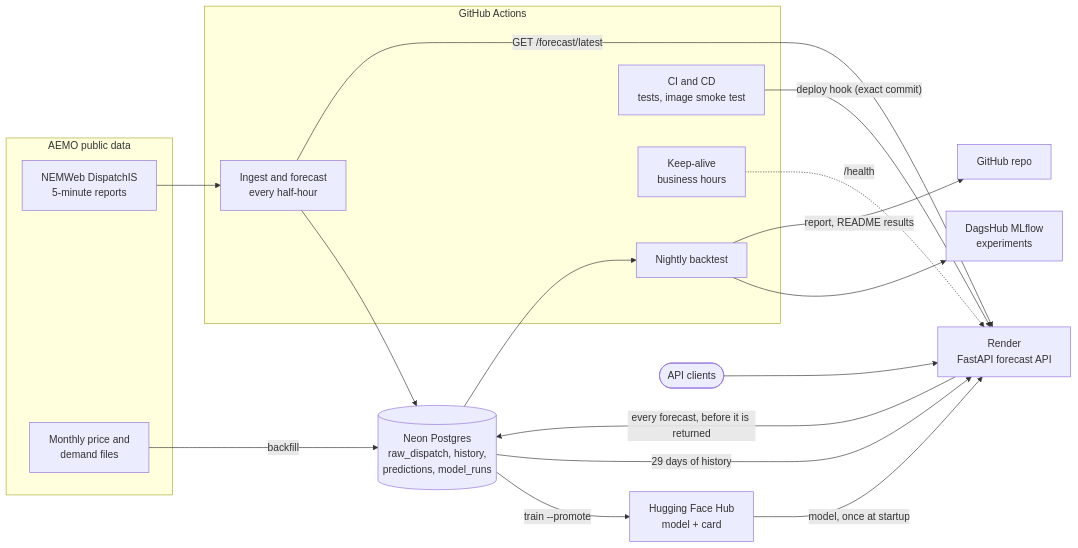
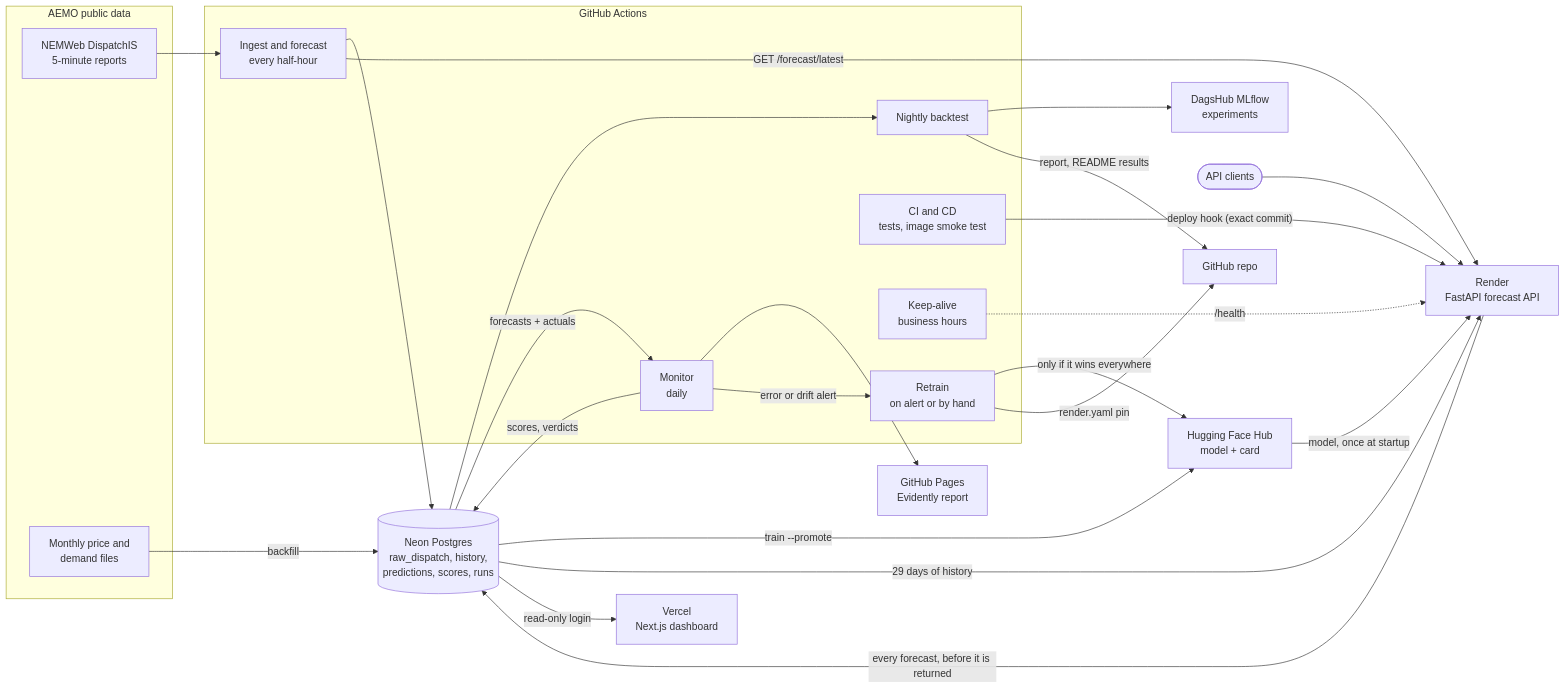
Before and after one commit to proxykhan/nem-forecast: the diagram in README.md, drawn with Mermaid. The commit also changed other lines of this file and 4 other files, not shown here.

First line of the commit message:
README: monitoring and retraining, live error against the backtest, dashboard

````diff
--- a/README.md
+++ b/README.md
@@ -95,31 +151,42 @@
 ```mermaid
 flowchart LR
     subgraph aemo["AEMO public data"]
         dispatch["NEMWeb DispatchIS<br/>5-minute reports"]
         monthly["Monthly price and<br/>demand files"]
     end
     subgraph actions["GitHub Actions"]
         ingest["Ingest and forecast<br/>every half-hour"]
         nightly["Nightly backtest"]
+        monitor["Monitor<br/>daily"]
+        retrain["Retrain<br/>on alert or by hand"]
         cd["CI and CD<br/>tests, image smoke test"]
         keepalive["Keep-alive<br/>business hours"]
     end
-    db[("Neon Postgres<br/>raw_dispatch, history,<br/>predictions, model_runs")]
+    db[("Neon Postgres<br/>raw_dispatch, history,<br/>predictions, scores, runs")]
     mlflow["DagsHub MLflow<br/>experiments"]
     hub["Hugging Face Hub<br/>model + card"]
     api["Render<br/>FastAPI forecast API"]
+    pages["GitHub Pages<br/>Evidently report"]
+    dash["Vercel<br/>Next.js dashboard"]
     users(["API clients"])
 
     dispatch --> ingest --> db
     monthly -- "backfill" --> db
     db --> nightly --> mlflow
     nightly -- "report, README results" --> repo["GitHub repo"]
     db -- "train --promote" --> hub
     cd -- "deploy hook (exact commit)" --> api
     hub -- "model, once at startup" --> api
     db -- "29 days of history" --> api
     api -- "every forecast, before it is returned" --> db
     users --> api
     keepalive -. "/health" .-> api
     ingest -- "GET /forecast/latest" --> api
+    db -- "forecasts + actuals" --> monitor
+    monitor -- "scores, verdicts" --> db
+    monitor --> pages
+    monitor -- "error or drift alert" --> retrain
+    retrain -- "only if it wins everywhere" --> hub
+    retrain -- "render.yaml pin" --> repo
+    db -- "read-only login" --> dash
 ```
````
